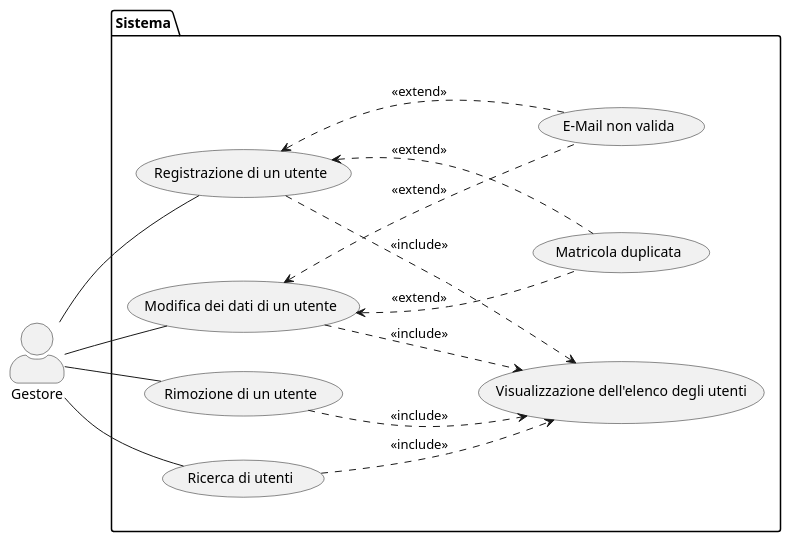
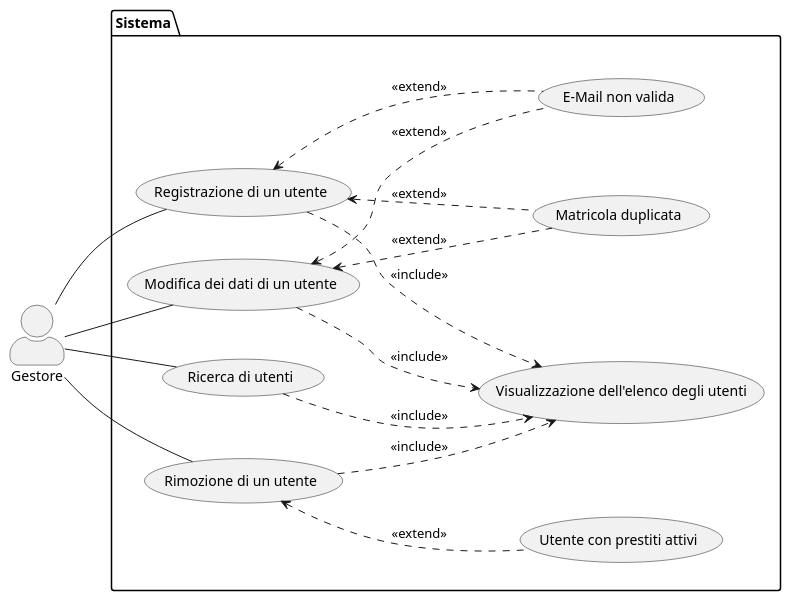
The diagram in docs/uml/usecasesUtente.puml (Meziu/easylibrary), drawn with PlantUML before and after one commit. The commit also changed 4 other files, not shown here.

```diff
--- a/docs/uml/usecasesUtente.puml
+++ b/docs/uml/usecasesUtente.puml
@@ -1,35 +1,37 @@
 @startuml
 skinparam actorStyle awesome
 
 left to right direction
 
 actor Gestore as G
 
 package Sistema {
     usecase "Visualizzazione dell'elenco degli utenti" as UC5
     usecase "Registrazione di un utente" as UC6
     usecase "Modifica dei dati di un utente" as UC7
     usecase "Rimozione di un utente" as UC8
     usecase "Ricerca di utenti" as UC17
 
     usecase "Matricola duplicata" as UCA1
     usecase "E-Mail non valida" as UCA2
+    usecase "Utente con prestiti attivi" as UCA3
 }
 
 
 UC6 ..> UC5 : <<include>>
 UC7 ..> UC5 : <<include>>
 UC8 ..> UC5 : <<include>>
 UC17 ..> UC5 : <<include>>
 
 UC6 <.. UCA1 : <<extend>>
 UC7 <.. UCA1 : <<extend>>
 UC6 <.. UCA2 : <<extend>>
 UC7 <.. UCA2 : <<extend>>
+UC8 <.. UCA3 : <<extend>>
 
 G -- UC6
 G -- UC7
 G -- UC8
 G -- UC17
 
 @enduml
```
